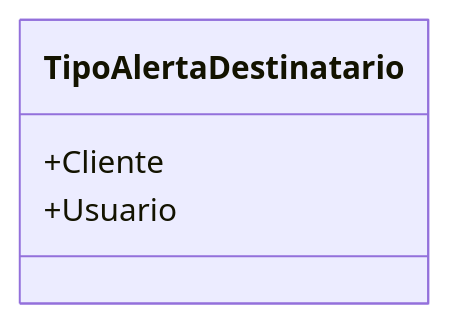
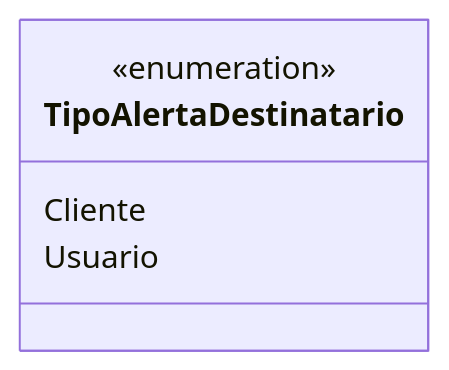
Before and after one commit to IsthmusSistemas/documentacao-tecnica: the diagram in docs/b2b-dominio/IsthmusWinthor.Nucleo/IsthmusWinthor.Dominio/Enumeradores/TipoAlertaDestinatario.md, drawn with Mermaid. The commit also changed other lines of this file and 882 other files, not shown here.

````diff
--- a/docs/b2b-dominio/IsthmusWinthor.Nucleo/IsthmusWinthor.Dominio/Enumeradores/TipoAlertaDestinatario.md
+++ b/docs/b2b-dominio/IsthmusWinthor.Nucleo/IsthmusWinthor.Dominio/Enumeradores/TipoAlertaDestinatario.md
@@ -11,7 +12,8 @@
 ```mermaid
 classDiagram
     class TipoAlertaDestinatario {
-        +Cliente
-        +Usuario
+        <<enumeration>>
+        Cliente
+        Usuario
     }
 ```
````
